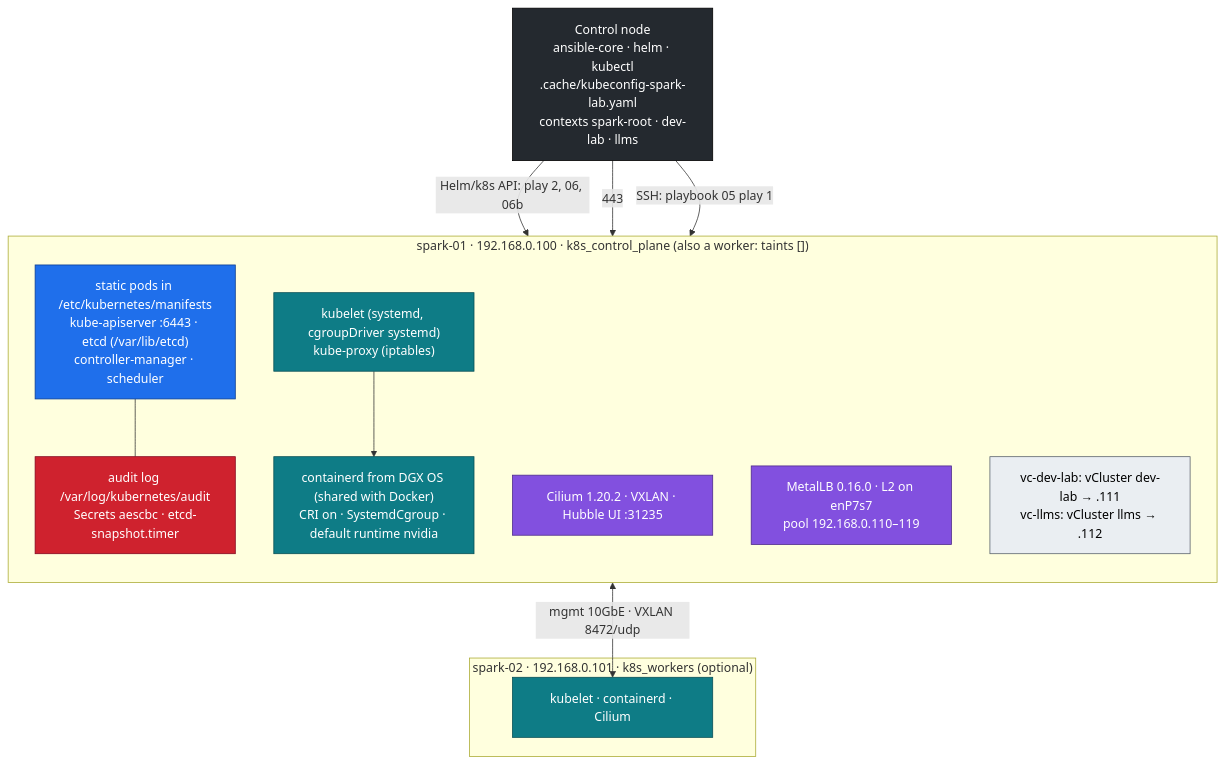
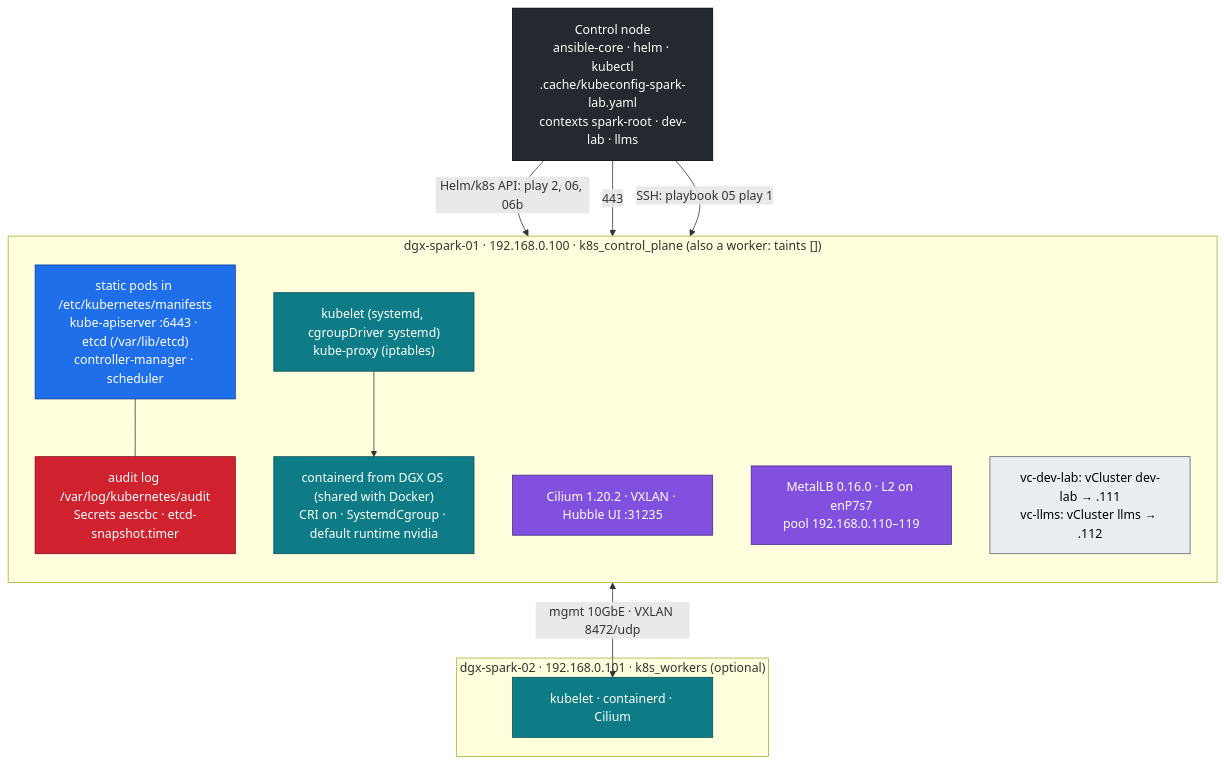
Before and after one commit to cloudone365/technical-depth: the diagram in 01 Ansible/16-kubernetes-bare-metal-bootstrap-kubeadm.md, drawn with Mermaid. The commit also changed other lines of this file and 88 other files, not shown here.

First line of the commit message:
Rename the Spark hosts to dgx-spark-01 / dgx-spark-02

````diff
--- a/01 Ansible/16-kubernetes-bare-metal-bootstrap-kubeadm.md
+++ b/01 Ansible/16-kubernetes-bare-metal-bootstrap-kubeadm.md
@@ -37,35 +37,35 @@
 ```mermaid
 flowchart TB
   CTL["Control node<br/>ansible-core · helm · kubectl<br/>.cache/kubeconfig-spark-lab.yaml<br/>contexts spark-root · dev-lab · llms"]
-  subgraph S1["spark-01 · 192.168.0.100 · k8s_control_plane (also a worker: taints [])"]
+  subgraph S1["dgx-spark-01 · 192.168.0.100 · k8s_control_plane (also a worker: taints [])"]
     direction TB
     CP["static pods in /etc/kubernetes/manifests<br/>kube-apiserver :6443 · etcd (/var/lib/etcd)<br/>controller-manager · scheduler"]
     SEC["audit log /var/log/kubernetes/audit<br/>Secrets aescbc · etcd-snapshot.timer"]
     KL["kubelet (systemd, cgroupDriver systemd)<br/>kube-proxy (iptables)"]
     CTD["containerd from DGX OS (shared with Docker)<br/>CRI on · SystemdCgroup · default runtime nvidia"]
     CIL["Cilium 1.20.2 · VXLAN · Hubble UI :31235"]
     MLB["MetalLB 0.16.0 · L2 on enP7s7<br/>pool 192.168.0.110–119"]
     VC["vc-dev-lab: vCluster dev-lab → .111<br/>vc-llms: vCluster llms → .112"]
   end
-  subgraph S2["spark-02 · 192.168.0.101 · k8s_workers (optional)"]
+  subgraph S2["dgx-spark-02 · 192.168.0.101 · k8s_workers (optional)"]
     KL2["kubelet · containerd · Cilium"]
   end
   CTL -->|"SSH: playbook 05 play 1"| S1
   CTL -->|"Helm/k8s API: play 2, 06, 06b"| CP
   CTL -->|"443"| VC
   CP --- SEC
   KL --> CTD
   CP <-->|"mgmt 10GbE · VXLAN 8472/udp"| KL2
   classDef ext fill:#24292f,stroke:#000,color:#fff
   classDef ctrl fill:#1f6feb,stroke:#0b3d91,color:#fff
   classDef node fill:#0e7c86,stroke:#064e54,color:#fff
   classDef net fill:#8250df,stroke:#4c2889,color:#fff
   classDef sec fill:#cf222e,stroke:#82071e,color:#fff
   classDef tenant fill:#eaeef2,stroke:#57606a,color:#000
   class CTL ext
   class CP ctrl
   class KL,CTD,KL2 node
   class CIL,MLB net
   class SEC sec
   class VC tenant
 ```
````
